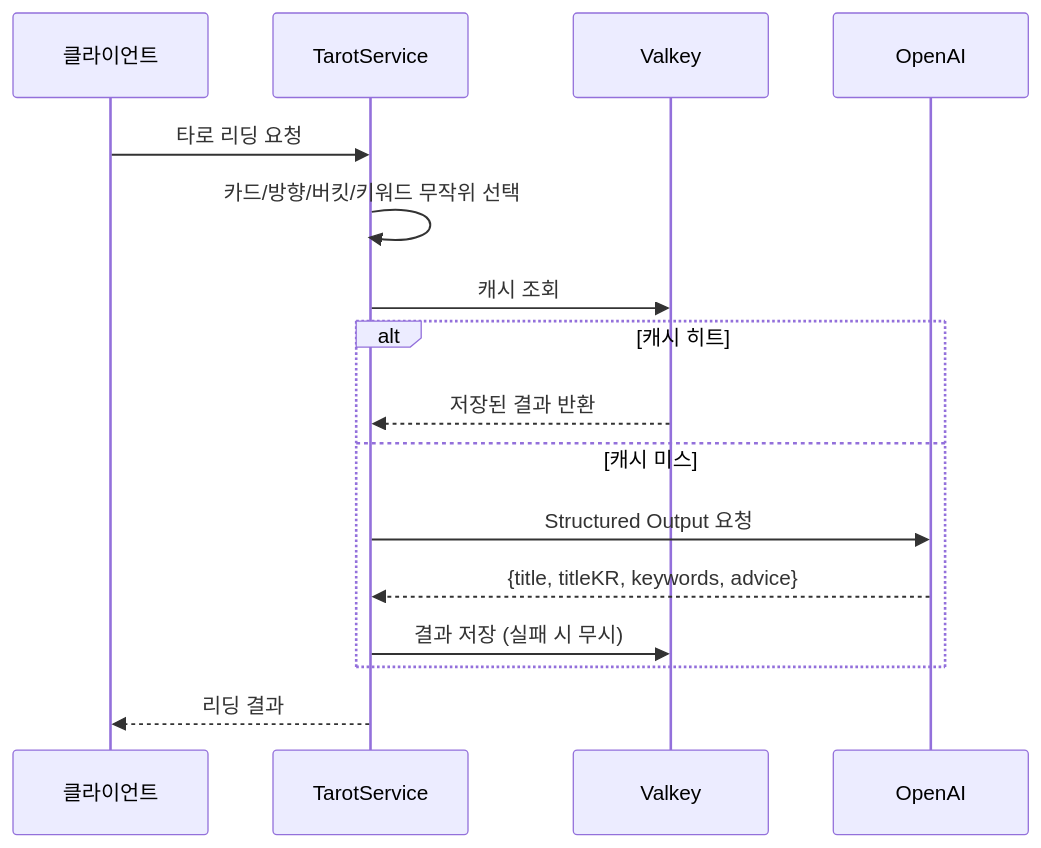
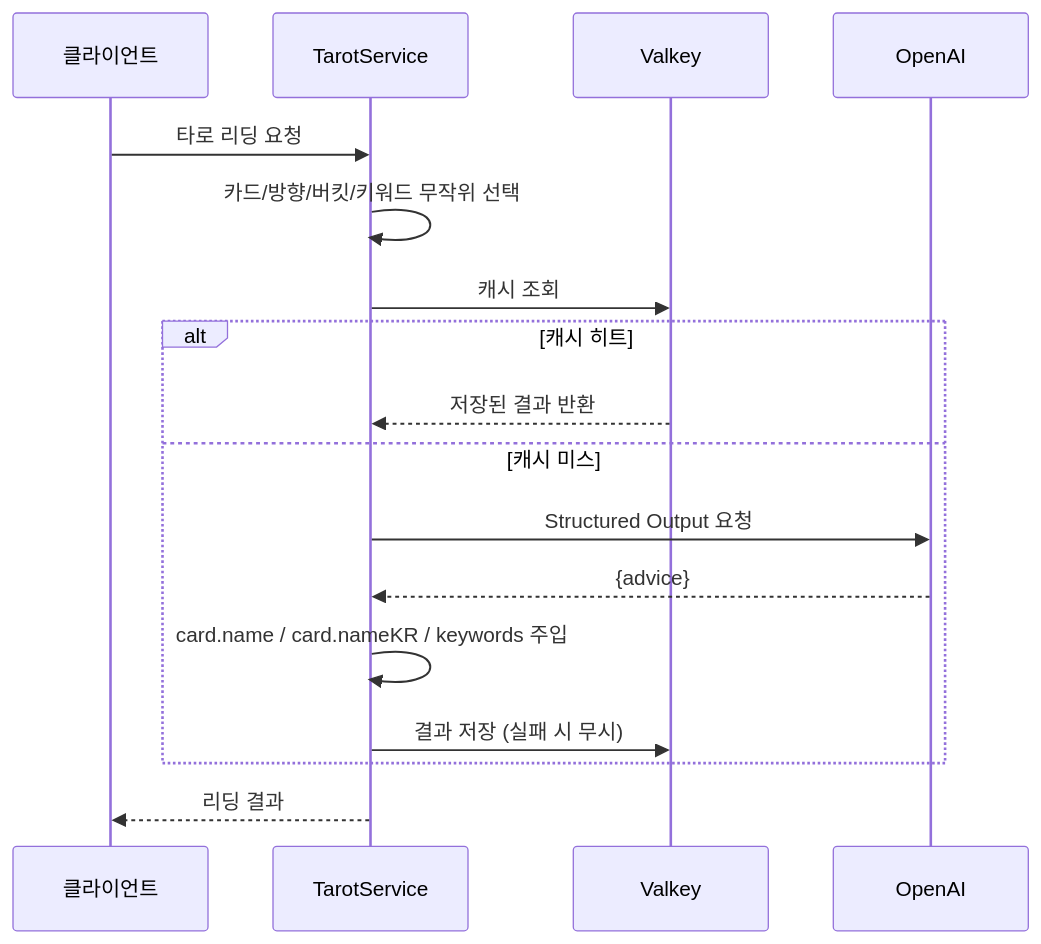
One commit to mandacode-labs/mandacode-devs changed the second of 2 diagrams in src/content/blog/ko/tarot-deep-dive.md. Above: the diagram before and after it, drawn with Mermaid. The commit also changed other lines of this file and 2 other files, not shown here.

````diff
--- a/src/content/blog/ko/tarot-deep-dive.md
+++ b/src/content/blog/ko/tarot-deep-dive.md
@@ -86,21 +84,22 @@
 ```mermaid
 sequenceDiagram
     participant Client as 클라이언트
     participant Service as TarotService
     participant Cache as Valkey
     participant AI as OpenAI
 
     Client->>Service: 타로 리딩 요청
     Service->>Service: 카드/방향/버킷/키워드 무작위 선택
     Service->>Cache: 캐시 조회
 
     alt 캐시 히트
         Cache-->>Service: 저장된 결과 반환
     else 캐시 미스
         Service->>AI: Structured Output 요청
-        AI-->>Service: {title, titleKR, keywords, advice}
+        AI-->>Service: {advice}
+        Service->>Service: card.name / card.nameKR / keywords 주입
         Service->>Cache: 결과 저장 (실패 시 무시)
     end
 
     Service-->>Client: 리딩 결과
 ```
````
